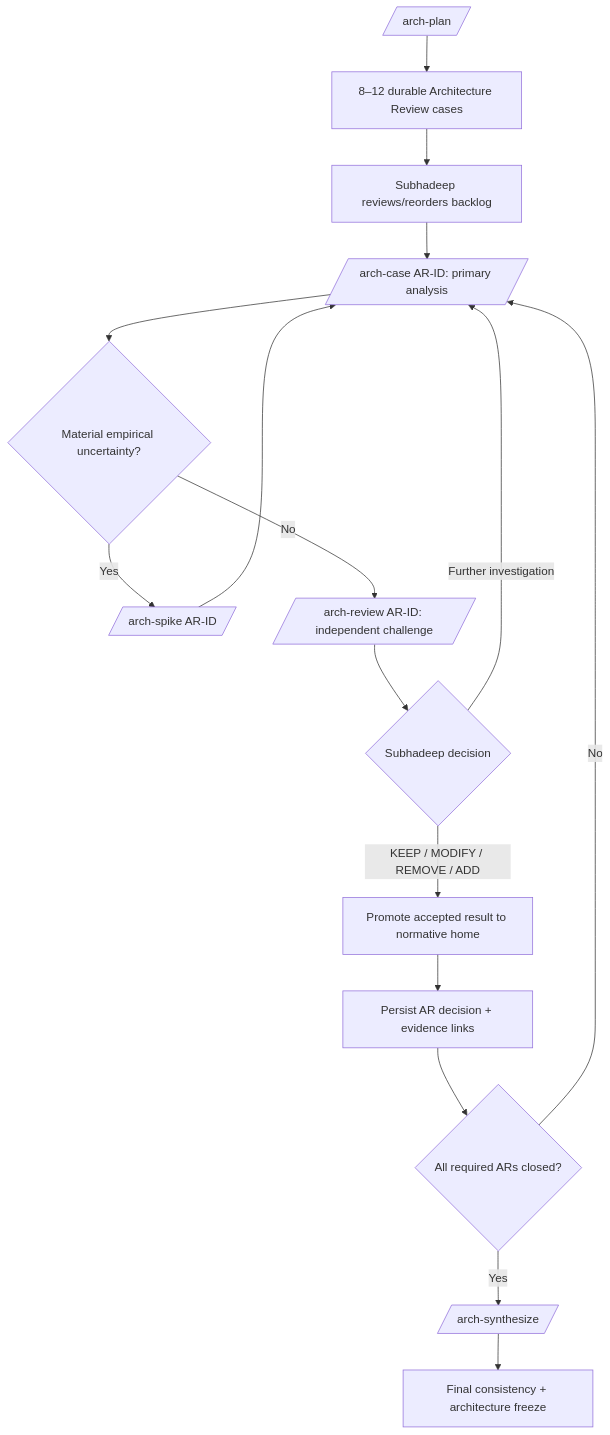
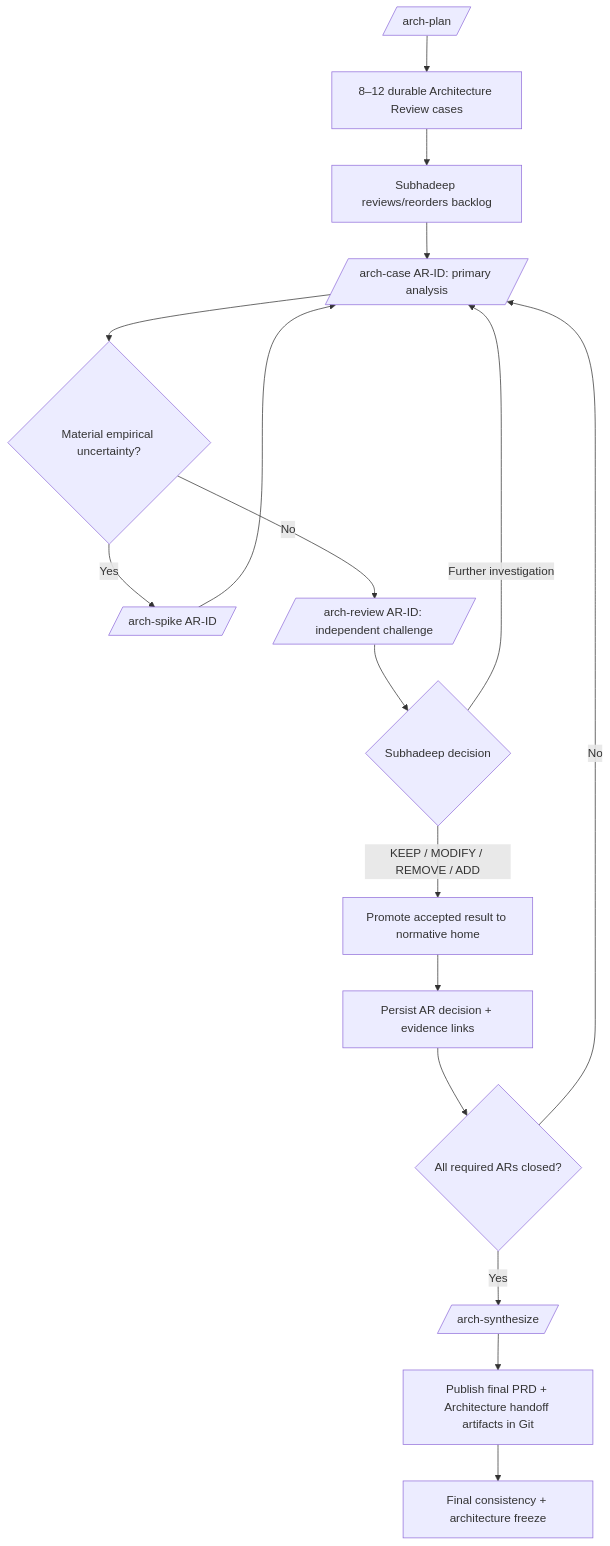
Before and after one commit to subhadlearner/SubhForge: the diagram in design/V0.2-ARCHITECTURE-REVIEW-TOOLING.md, drawn with Mermaid. The commit also changed other lines of this file, not shown here.

Commit message:
Make final PRD and architecture explicit AR deliverables

````diff
--- a/design/V0.2-ARCHITECTURE-REVIEW-TOOLING.md
+++ b/design/V0.2-ARCHITECTURE-REVIEW-TOOLING.md
@@ -170,18 +173,19 @@
 ```mermaid
 flowchart TD
     P[/arch-plan/] --> B[8–12 durable Architecture Review cases]
     B --> H[Subhadeep reviews/reorders backlog]
     H --> C[/arch-case AR-ID: primary analysis/]
     C --> S{Material empirical uncertainty?}
     S -- Yes --> SP[/arch-spike AR-ID/]
     SP --> C
     S -- No --> R[/arch-review AR-ID: independent challenge/]
     R --> D{Subhadeep decision}
     D -- Further investigation --> C
     D -- KEEP / MODIFY / REMOVE / ADD --> U[Promote accepted result to normative home]
     U --> L[Persist AR decision + evidence links]
     L --> M{All required ARs closed?}
     M -- No --> C
     M -- Yes --> SY[/arch-synthesize/]
-    SY --> F[Final consistency + architecture freeze]
+    SY --> HOFF[Publish final PRD + Architecture handoff artifacts in Git]
+    HOFF --> F[Final consistency + architecture freeze]
 ```
````
